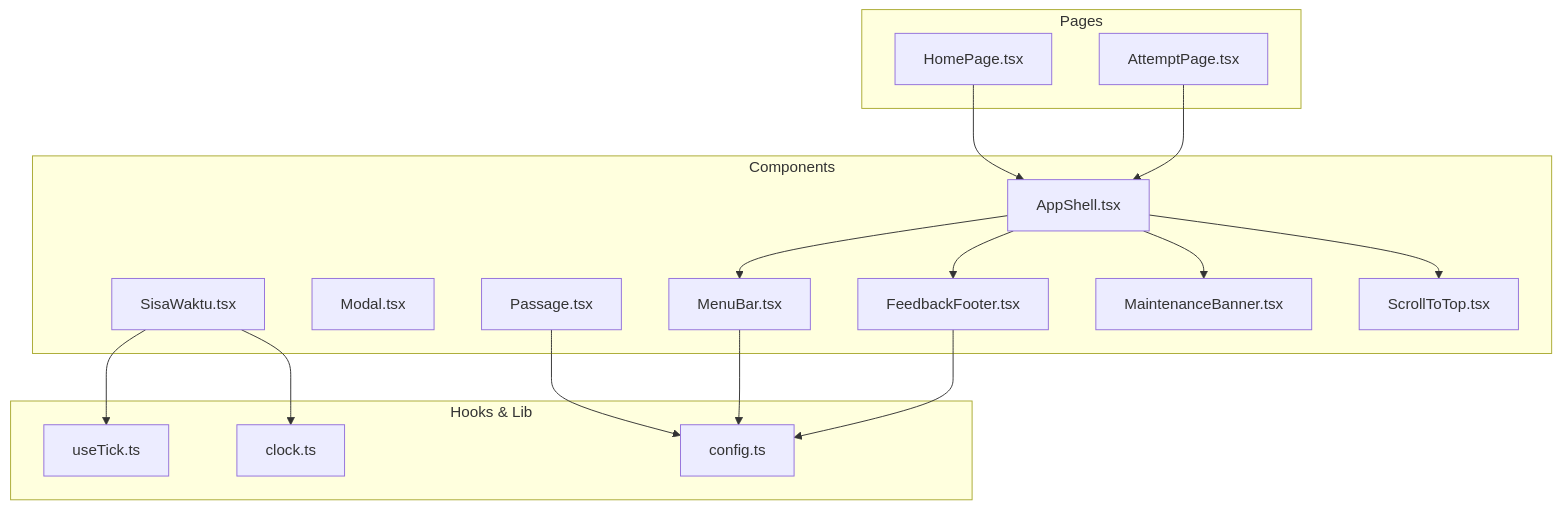
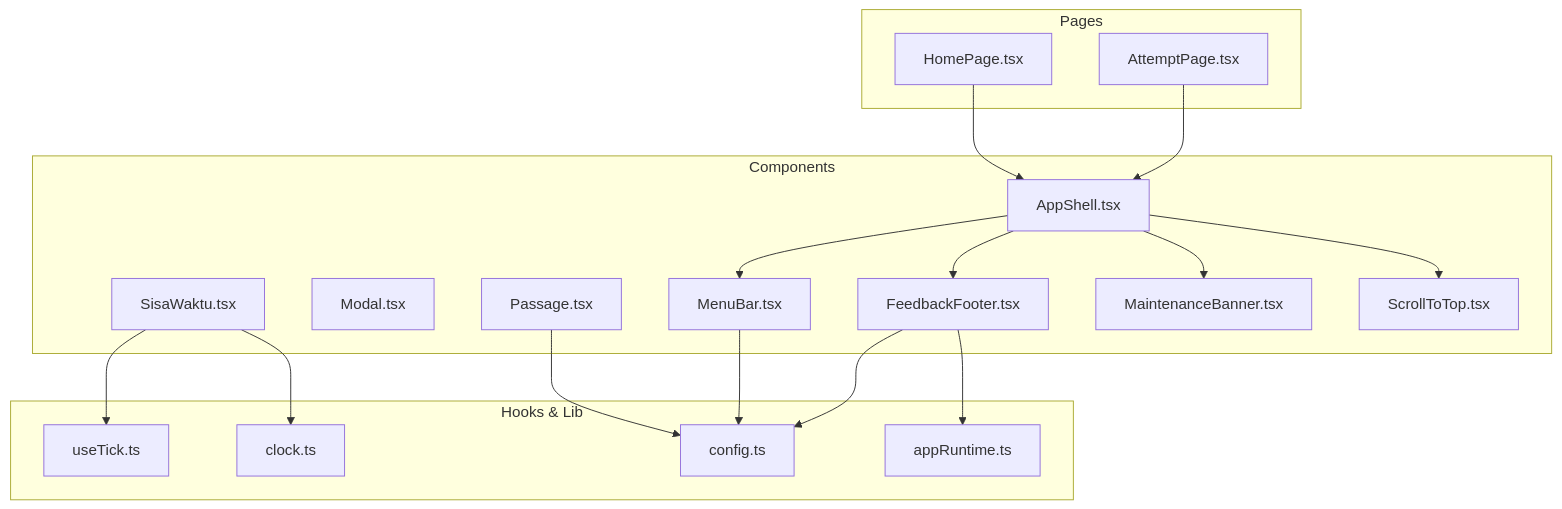
The first of 3 diagrams in .qoder/repowiki/en/content/Frontend Application/UI Components.md (muhammadhabibullah/tbs-lpdp), drawn with Mermaid before and after one commit. The commit also changed other lines of this file and 2 other files, not shown here.

````diff
--- a/.qoder/repowiki/en/content/Frontend Application/UI Components.md
+++ b/.qoder/repowiki/en/content/Frontend Application/UI Components.md
@@ -45,33 +47,35 @@
 ```mermaid
 graph TB
 subgraph "Pages"
 HP["HomePage.tsx"]
 AP["AttemptPage.tsx"]
 end
 subgraph "Components"
 AS["AppShell.tsx"]
 MB["MenuBar.tsx"]
 MF["Modal.tsx"]
 SW["SisaWaktu.tsx"]
 PG["Passage.tsx"]
 FB["FeedbackFooter.tsx"]
 MT["MaintenanceBanner.tsx"]
 ST["ScrollToTop.tsx"]
 end
 subgraph "Hooks & Lib"
 UT["useTick.ts"]
 CK["clock.ts"]
 CFG["config.ts"]
+AR["appRuntime.ts"]
 end
 HP --> AS
 AP --> AS
 AS --> MB
 AS --> FB
 AS --> MT
 AS --> ST
 SW --> UT
 SW --> CK
 PG --> CFG
 MB --> CFG
 FB --> CFG
+FB --> AR
 ```
````
